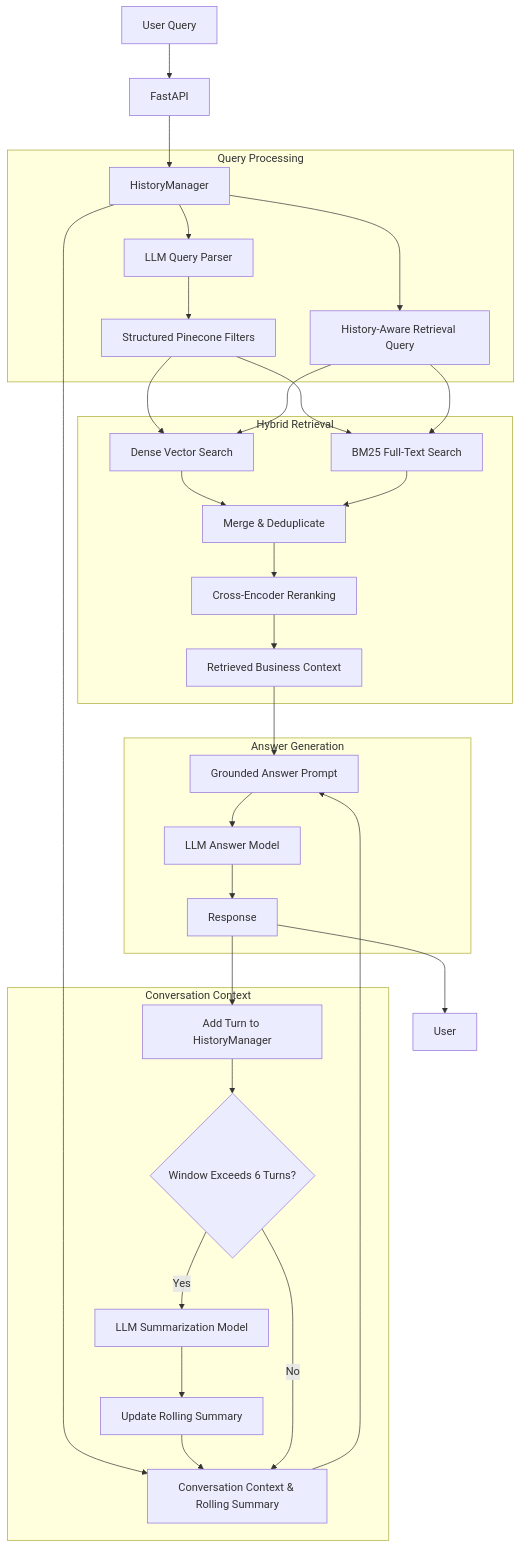
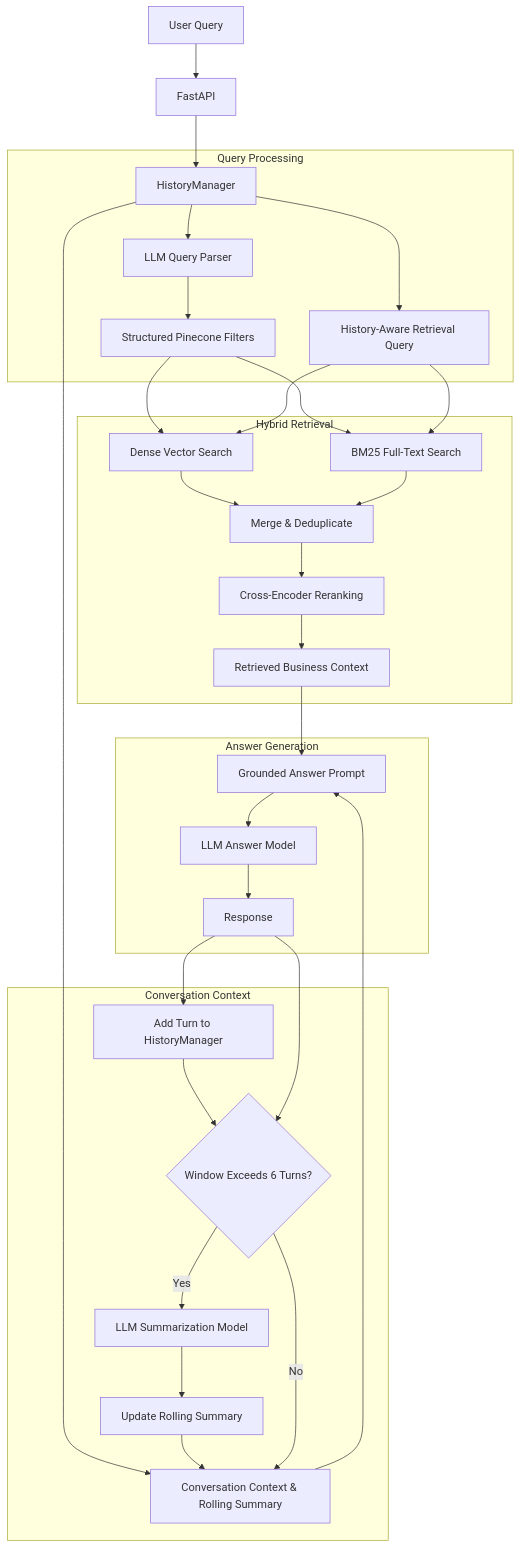
The diagram in README.md (sufyanAshraf/RAG_), drawn with Mermaid before and after one commit. The commit also changed other lines of this file, not shown here.

Commit message:
Remove user node from flowchart
Removed user node from the flowchart in the README.

````diff
--- a/README.md
+++ b/README.md
@@ -78,45 +78,45 @@
 ```mermaid
 flowchart TD
 
     A[User Query] --> B[FastAPI]
     B --> C[HistoryManager]
 
     subgraph QUERY["Query Processing"]
         C --> D[LLM Query Parser]
         D --> E[Structured Pinecone Filters]
         C --> F[History-Aware Retrieval Query]
     end
 
     subgraph RETRIEVAL["Hybrid Retrieval"]
         E --> G[Dense Vector Search]
         E --> H[BM25 Full-Text Search]
         F --> G
         F --> H
         G --> I[Merge & Deduplicate]
         H --> I
         I --> J[Cross-Encoder Reranking]
         J --> K[Retrieved Business Context]
     end
     
     K --> L[Grounded Answer Prompt]
     O --> L
 
     subgraph GENERATION["Answer Generation"]
         L --> M[LLM Answer Model]
         M --> N[Response]
     end
 
 	subgraph CONTEXT["Conversation Context"]
         C --> O[Conversation Context & Rolling Summary]
     
 		N --> P[Add Turn to HistoryManager]
 		
 		P --> Q{Window Exceeds 6 Turns?}
 
 		Q -- Yes --> R[LLM Summarization Model]
 		R --> S[Update Rolling Summary]
 		S --> O
 	end
-	N --> T[User]
+	N --> 
     Q -- No --> O
 ```
````
